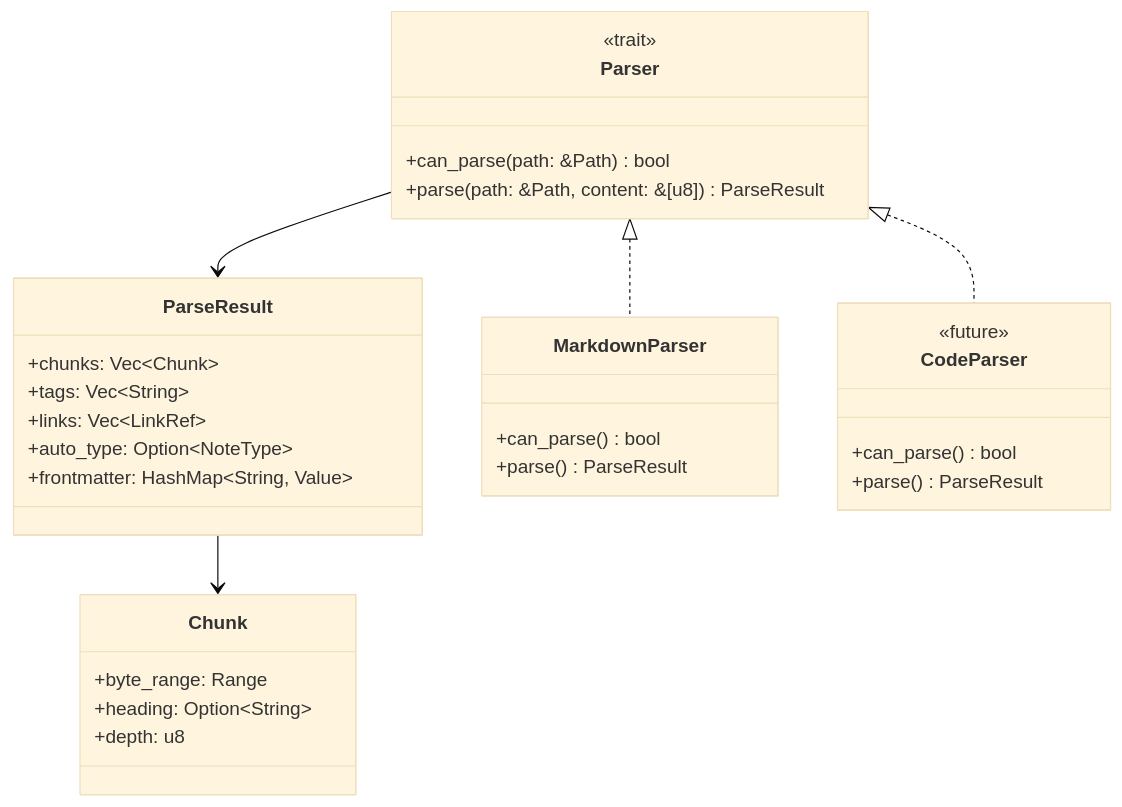
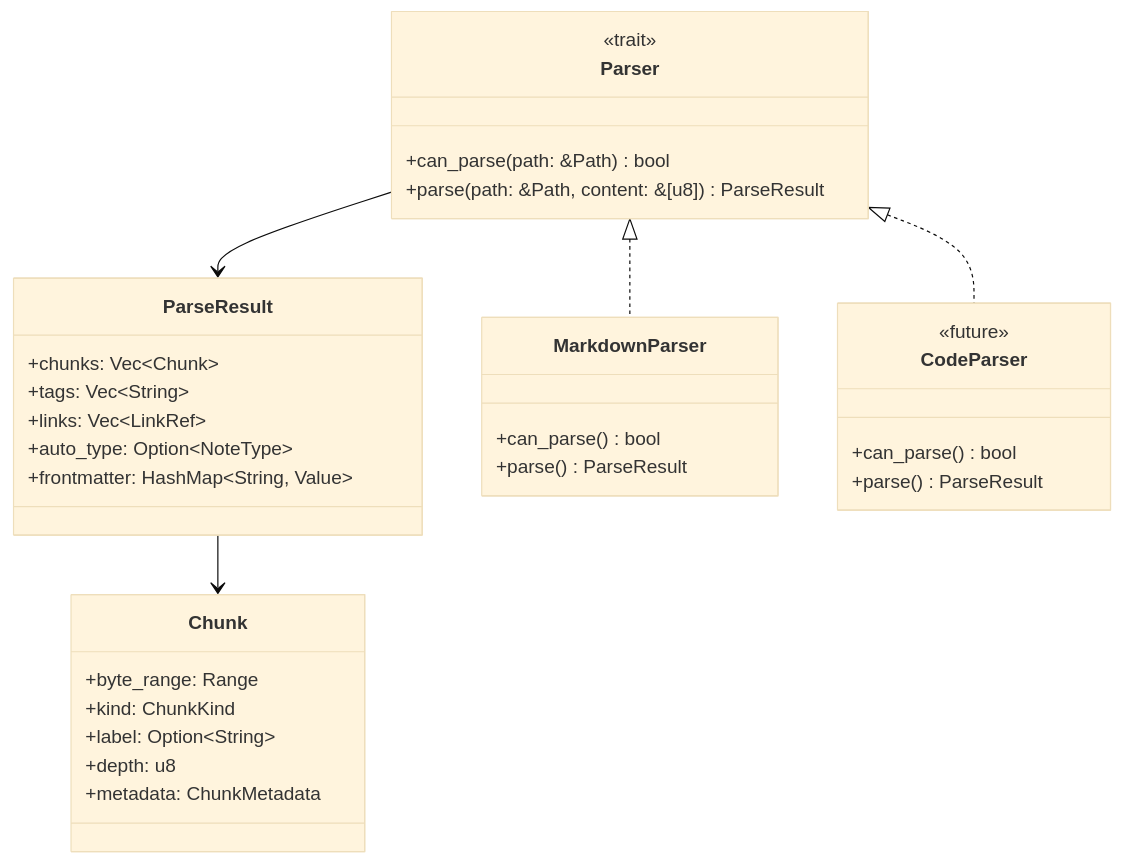
The third of 9 diagrams in docs/architecture/001-system-overview.md (locusd-ai/locus), drawn with Mermaid (base theme) before and after one commit. The commit also changed other lines of this file and 1 other file, not shown here.

Commit message:
docs(arch): align diagrams across overview and contracts

````diff
--- a/docs/architecture/001-system-overview.md
+++ b/docs/architecture/001-system-overview.md
@@ -114,38 +114,40 @@
 ```mermaid
 classDiagram
     class Parser {
         <<trait>>
         +can_parse(path: &Path) bool
         +parse(path: &Path, content: &[u8]) ParseResult
     }
 
     class ParseResult {
         +chunks: Vec~Chunk~
         +tags: Vec~String~
         +links: Vec~LinkRef~
         +auto_type: Option~NoteType~
         +frontmatter: HashMap~String, Value~
     }
 
     class Chunk {
         +byte_range: Range
-        +heading: Option~String~
+        +kind: ChunkKind
+        +label: Option~String~
         +depth: u8
+        +metadata: ChunkMetadata
     }
 
     class MarkdownParser {
         +can_parse() bool
         +parse() ParseResult
     }
 
     class CodeParser {
         <<future>>
         +can_parse() bool
         +parse() ParseResult
     }
 
     Parser <|.. MarkdownParser
     Parser <|.. CodeParser
     Parser --> ParseResult
     ParseResult --> Chunk
 ```
````
